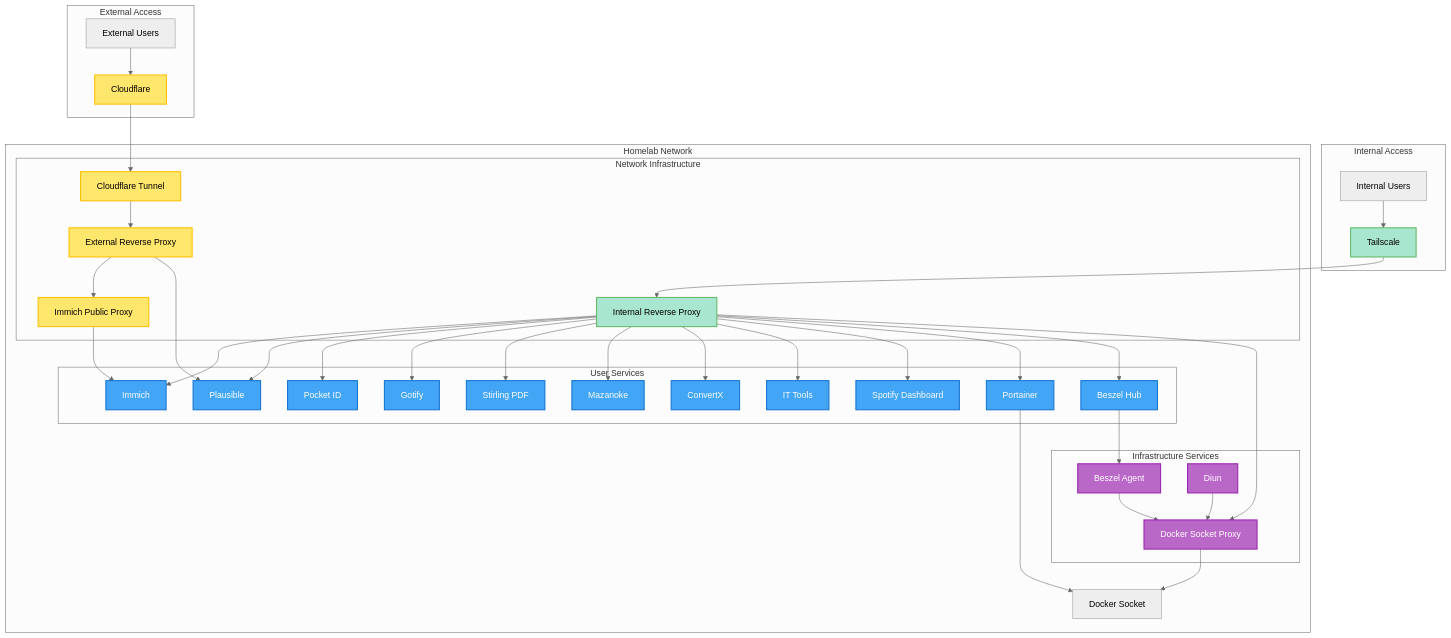
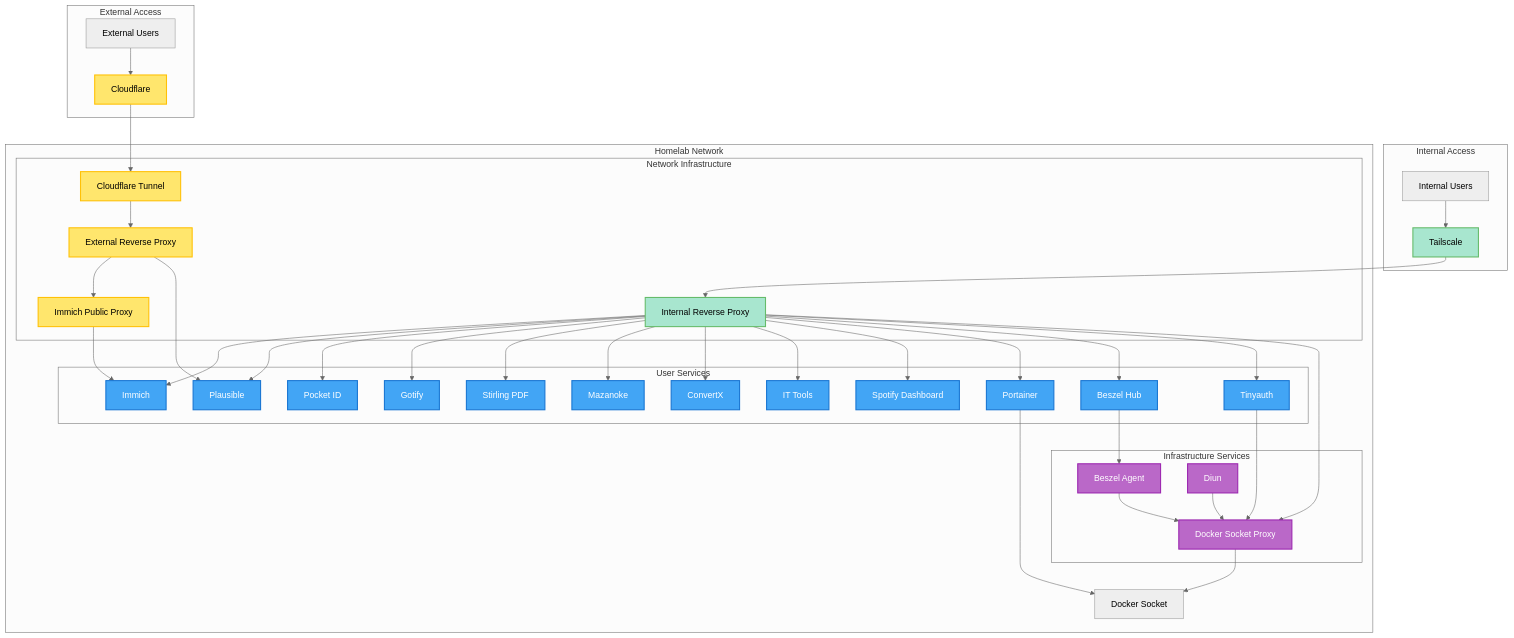
Before and after one commit to ElioDiNino/Homelab: the diagram in services/README.md, drawn with Mermaid (neutral theme). The commit also changed other lines of this file, not shown here.

Commit message:
docs(services): Tinyauth information

````diff
--- a/services/README.md
+++ b/services/README.md
@@ -75,6 +75,7 @@
             SPOTIFY[Spotify Dashboard]
             PORTAINER[Portainer]
             BESZEL_HUB[Beszel Hub]
+            TINYAUTH[Tinyauth]
         end
 
         subgraph "Infrastructure Services"
@@ -114,10 +115,12 @@
     CADDY_INT --> SPOTIFY
     CADDY_INT --> PORTAINER
     CADDY_INT --> BESZEL_HUB
+    CADDY_INT --> TINYAUTH
 
     %% Service Dependencies
     BESZEL_HUB --> BESZEL_AGENT
     CADDY_INT --> SOCKET_PROXY
+    TINYAUTH --> SOCKET_PROXY
     DIUN --> SOCKET_PROXY
     BESZEL_AGENT --> SOCKET_PROXY
     PORTAINER --> DS
@@ -131,6 +134,6 @@
 
     class CF,CF_TUNNEL,IMMICH_PROXY,CADDY_EXT external
     class TAILSCALE,CADDY_INT internal
-    class IMMICH,PLAUSIBLE,PORTAINER,BESZEL_HUB,POCKET_ID,GOTIFY,STIRLING,MAZANOKE,CONVERTX,IT_TOOLS,SPOTIFY user-services
+    class IMMICH,PLAUSIBLE,PORTAINER,BESZEL_HUB,POCKET_ID,GOTIFY,STIRLING,MAZANOKE,CONVERTX,IT_TOOLS,SPOTIFY,TINYAUTH user-services
     class SOCKET_PROXY,BESZEL_AGENT,DIUN infra-services
 ```
````
